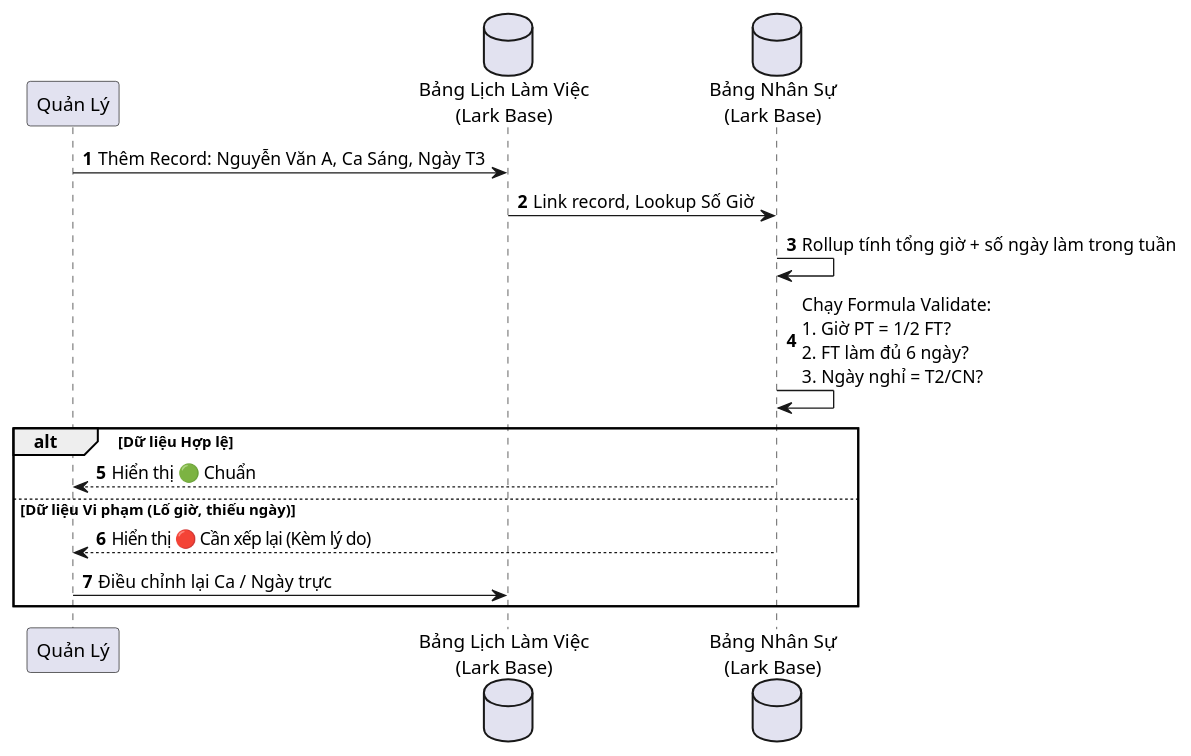
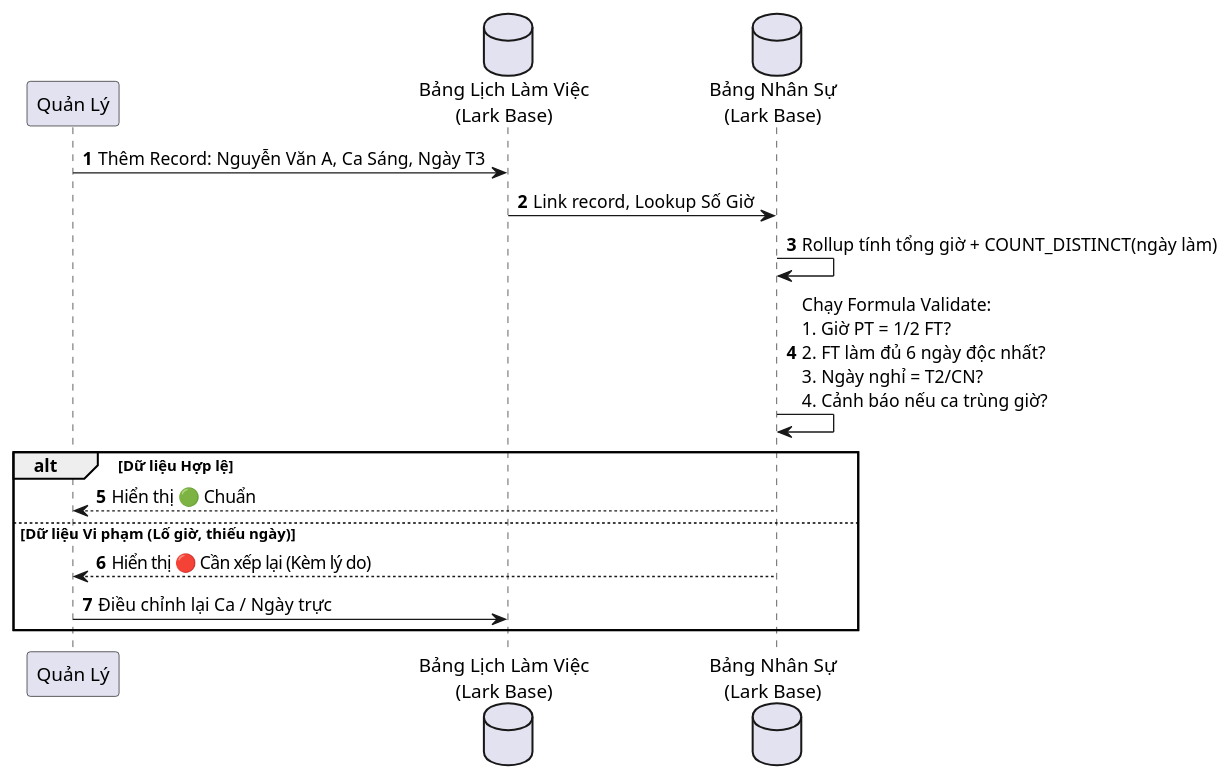
Before and after one commit to stevenguyen090/Knowledge-Lark-Consult: the third of 4 diagrams in 05_Clients/_NgaFashion/04_UML_Design.md, drawn with PlantUML. The commit also changed other lines of this file and 5 other files, not shown here.

````diff
--- a/05_Clients/_NgaFashion/04_UML_Design.md
+++ b/05_Clients/_NgaFashion/04_UML_Design.md
@@ -82,20 +82,20 @@
 ```plantuml
 @startuml
 autonumber
 participant "Quản Lý" as Manager
 database "Bảng Lịch Làm Việc\n(Lark Base)" as BaseLich
 database "Bảng Nhân Sự\n(Lark Base)" as BaseNhanSu
 
 Manager -> BaseLich : Thêm Record: Nguyễn Văn A, Ca Sáng, Ngày T3
 BaseLich -> BaseNhanSu : Link record, Lookup Số Giờ
-BaseNhanSu -> BaseNhanSu : Rollup tính tổng giờ + số ngày làm trong tuần
-BaseNhanSu -> BaseNhanSu : Chạy Formula Validate: \n1. Giờ PT = 1/2 FT? \n2. FT làm đủ 6 ngày? \n3. Ngày nghỉ = T2/CN?
+BaseNhanSu -> BaseNhanSu : Rollup tính tổng giờ + COUNT_DISTINCT(ngày làm)
+BaseNhanSu -> BaseNhanSu : Chạy Formula Validate: \n1. Giờ PT = 1/2 FT? \n2. FT làm đủ 6 ngày độc nhất? \n3. Ngày nghỉ = T2/CN? \n4. Cảnh báo nếu ca trùng giờ?
 
 alt Dữ liệu Hợp lệ
   BaseNhanSu --> Manager : Hiển thị 🟢 Chuẩn
 else Dữ liệu Vi phạm (Lố giờ, thiếu ngày)
   BaseNhanSu --> Manager : Hiển thị 🔴 Cần xếp lại (Kèm lý do)
   Manager -> BaseLich : Điều chỉnh lại Ca / Ngày trực
 end
 @enduml
 ```
````
